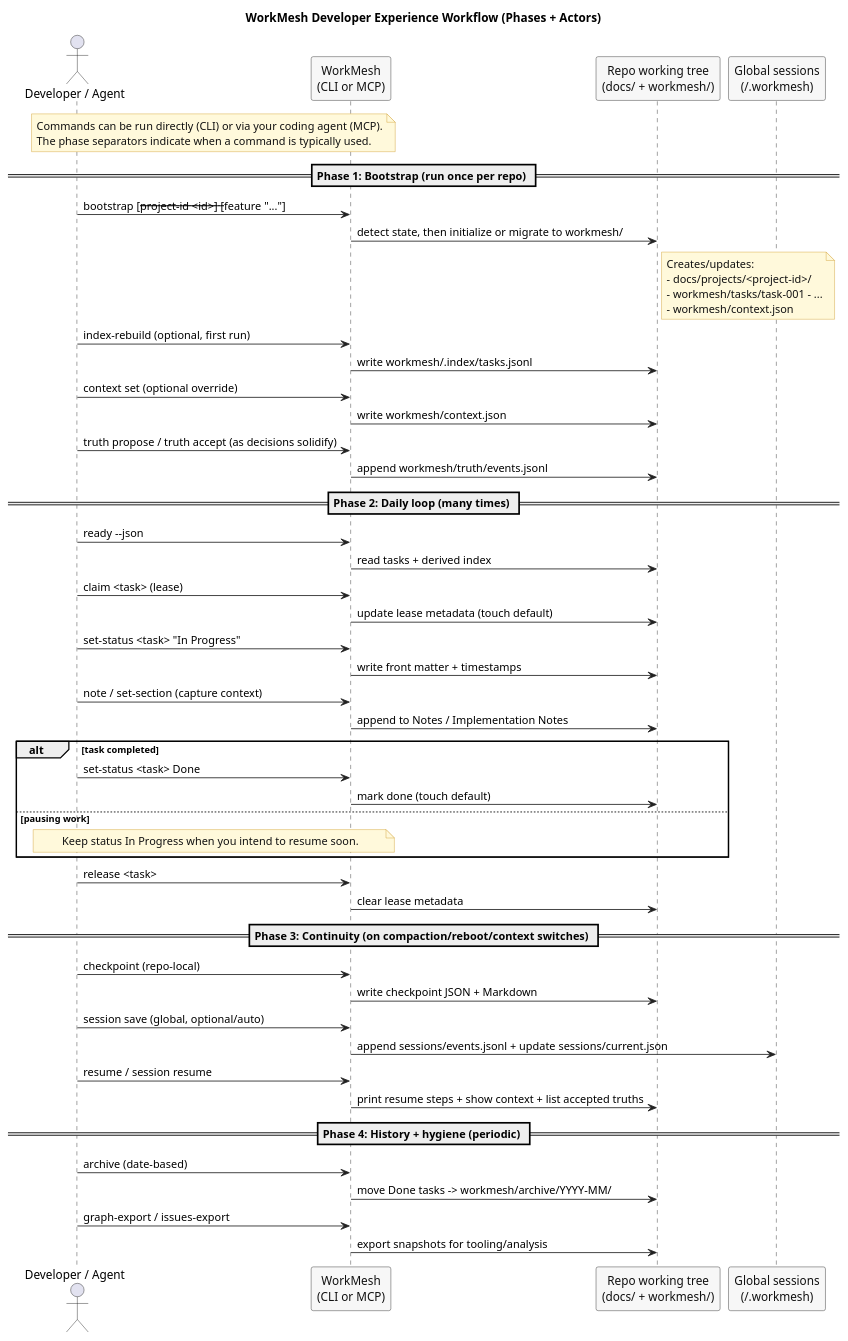
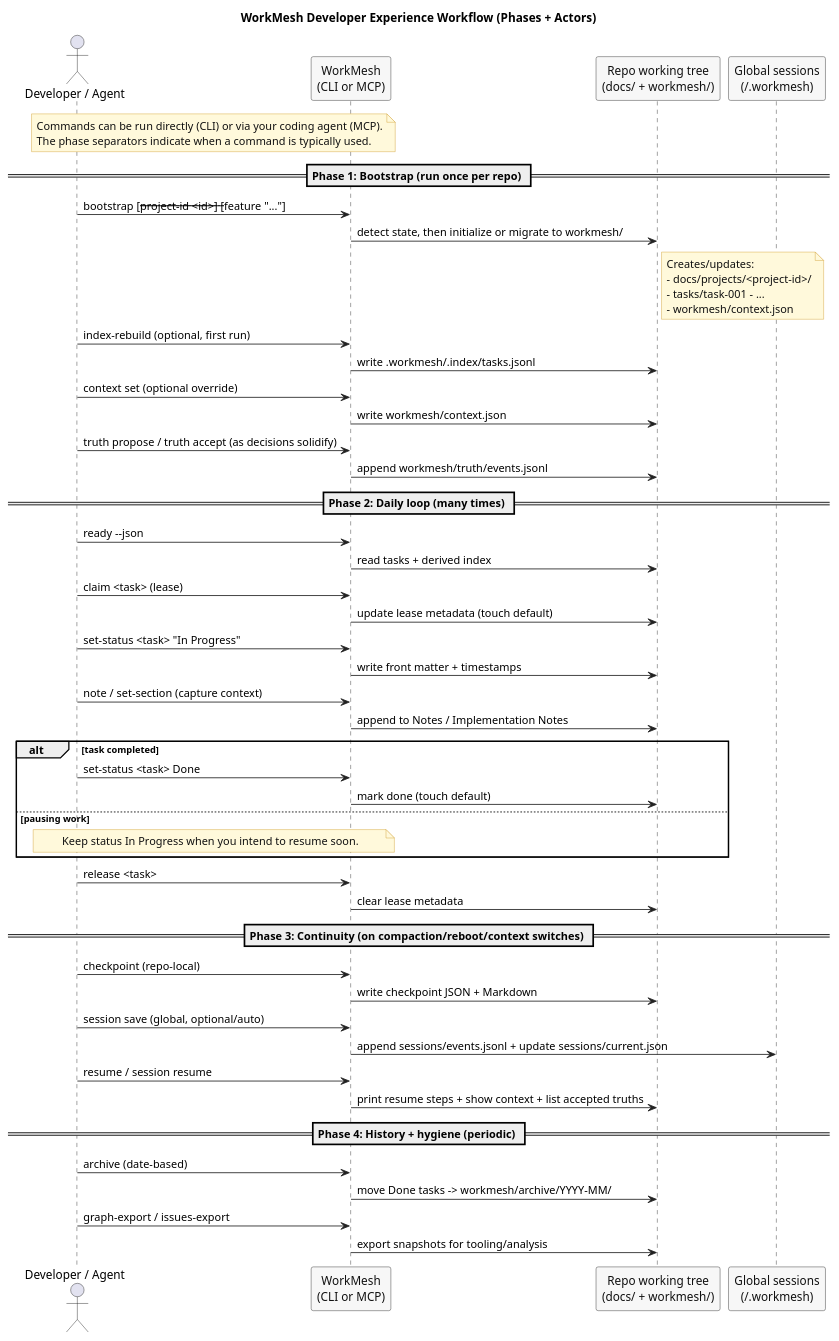
The diagram in docs/diagrams/dx-workflow.puml (luislobo/workmesh), drawn with PlantUML before and after one commit. The commit also changed 23 other files, not shown here.

```diff
--- a/docs/diagrams/dx-workflow.puml
+++ b/docs/diagrams/dx-workflow.puml
@@ -1,85 +1,85 @@
 @startuml
 title WorkMesh Developer Experience Workflow (Phases + Actors)
 
 skinparam shadowing false
 skinparam backgroundColor white
 
 skinparam note {
   BackgroundColor #FFF9DB
   BorderColor #D09B2C
   FontColor #111111
 }
 
 skinparam sequence {
   ArrowColor #222222
   LifeLineBorderColor #222222
   LifeLineBackgroundColor #FFFFFF
   ParticipantBorderColor #222222
   ParticipantBackgroundColor #F7F7F7
   ParticipantFontColor #111111
   BoxBorderColor #222222
   BoxBackgroundColor #F7F7F7
   BoxFontColor #111111
 }
 
 actor "Developer / Agent" as A
 participant "WorkMesh\n(CLI or MCP)" as W
 participant "Repo working tree\n(docs/ + workmesh/)" as R
 participant "Global sessions\n(~/.workmesh)" as G
 
 note over A,W
 Commands can be run directly (CLI) or via your coding agent (MCP).
 The phase separators indicate when a command is typically used.
 end note
 
 == Phase 1: Bootstrap (run once per repo) ==
 A -> W : bootstrap [--project-id <id>] [--feature "..."]
 W -> R : detect state, then initialize or migrate to workmesh/
 note right of R
 Creates/updates:
 - docs/projects/<project-id>/
-- workmesh/tasks/task-001 - ...
+- tasks/task-001 - ...
 - workmesh/context.json
 end note
 A -> W : index-rebuild (optional, first run)
-W -> R : write workmesh/.index/tasks.jsonl
+W -> R : write .workmesh/.index/tasks.jsonl
 A -> W : context set (optional override)
 W -> R : write workmesh/context.json
 A -> W : truth propose / truth accept (as decisions solidify)
 W -> R : append workmesh/truth/events.jsonl
 
 == Phase 2: Daily loop (many times) ==
 A -> W : ready --json
 W -> R : read tasks + derived index
 A -> W : claim <task> (lease)
 W -> R : update lease metadata (touch default)
 A -> W : set-status <task> "In Progress"
 W -> R : write front matter + timestamps
 A -> W : note / set-section (capture context)
 W -> R : append to Notes / Implementation Notes
 alt task completed
   A -> W : set-status <task> Done
   W -> R : mark done (touch default)
 else pausing work
   note over A,W
   Keep status In Progress when you intend to resume soon.
   end note
 end
 A -> W : release <task>
 W -> R : clear lease metadata
 
 == Phase 3: Continuity (on compaction/reboot/context switches) ==
 A -> W : checkpoint (repo-local)
 W -> R : write checkpoint JSON + Markdown
 A -> W : session save (global, optional/auto)
 W -> G : append sessions/events.jsonl + update sessions/current.json
 A -> W : resume / session resume
 W -> R : print resume steps + show context + list accepted truths
 
 == Phase 4: History + hygiene (periodic) ==
 A -> W : archive (date-based)
 W -> R : move Done tasks -> workmesh/archive/YYYY-MM/
 A -> W : graph-export / issues-export
 W -> R : export snapshots for tooling/analysis
 
 @enduml
```
